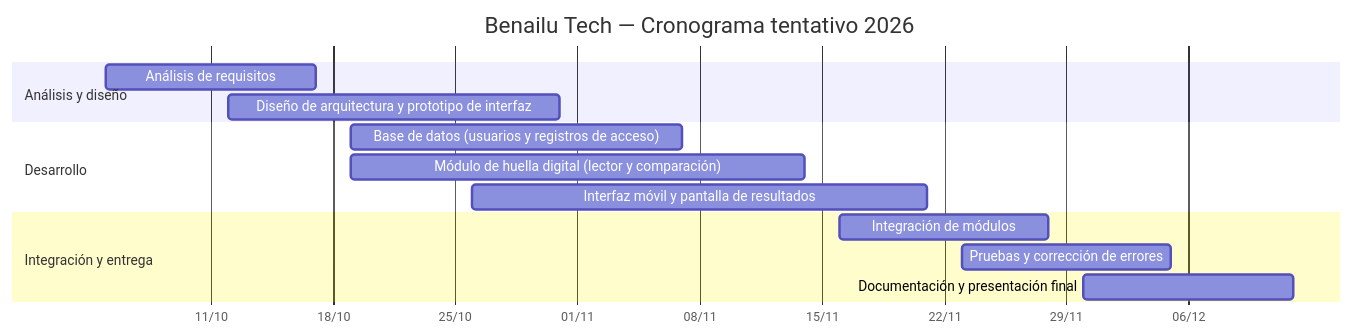
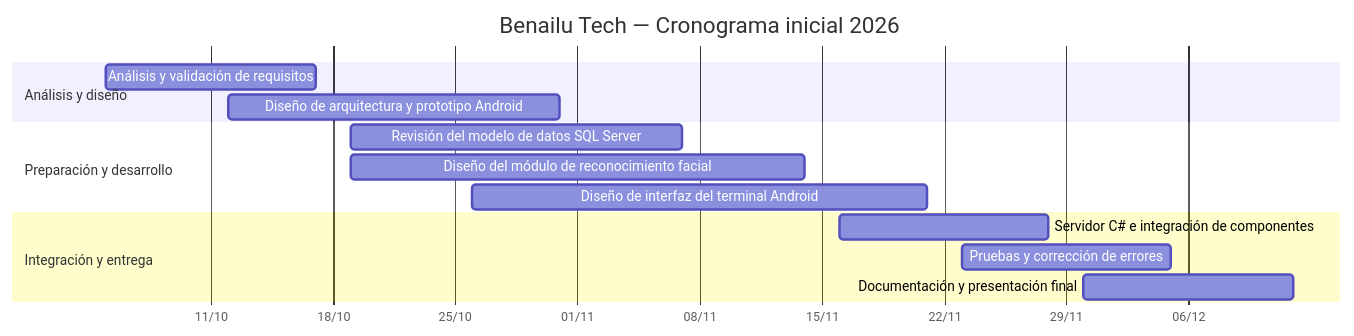
One commit to Benjipacheco69/BENAILUTECHAR- changed the diagram in docs/proyecto/GANTT.md. Above: the diagram before and after it, drawn with Mermaid. The commit also changed other lines of this file, not shown here.

Commit message:
docs: actualizar alcance a asistencia facial en Android

````diff
--- a/docs/proyecto/GANTT.md
+++ b/docs/proyecto/GANTT.md
@@ -7,17 +9,17 @@
 ```mermaid
 gantt
-    title Benailu Tech — Cronograma tentativo 2026
+    title Benailu Tech — Cronograma inicial 2026
     dateFormat  DD/MM/YYYY
     axisFormat  %d/%m
     section Análisis y diseño
-    Análisis de requisitos                         :todos1, 05/10/2026, 12d
-    Diseño de arquitectura y prototipo de interfaz :interfaz1, 12/10/2026, 19d
-    section Desarrollo
-    Base de datos (usuarios y registros de acceso) :bd1, 19/10/2026, 19d
-    Módulo de huella digital (lector y comparación) :huella1, 19/10/2026, 26d
-    Interfaz móvil y pantalla de resultados       :interfaz2, 26/10/2026, 26d
+    Análisis y validación de requisitos             :todos1, 05/10/2026, 12d
+    Diseño de arquitectura y prototipo Android     :interfaz1, 12/10/2026, 19d
+    section Preparación y desarrollo
+    Revisión del modelo de datos SQL Server         :bd1, 19/10/2026, 19d
+    Diseño del módulo de reconocimiento facial     :facial1, 19/10/2026, 26d
+    Diseño de interfaz del terminal Android         :interfaz2, 26/10/2026, 26d
     section Integración y entrega
-    Integración de módulos                        :todos2, 16/11/2026, 12d
-    Pruebas y corrección de errores               :interfaz3, 23/11/2026, 12d
-    Documentación y presentación final            :todos3, 30/11/2026, 12d
+    Servidor C# e integración de componentes       :todos2, 16/11/2026, 12d
+    Pruebas y corrección de errores                 :pruebas1, 23/11/2026, 12d
+    Documentación y presentación final              :todos3, 30/11/2026, 12d
 ```
````
